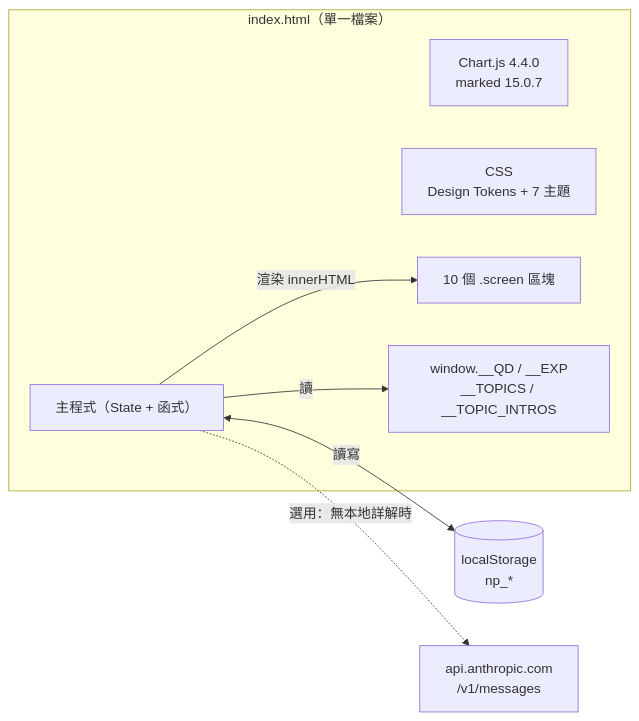
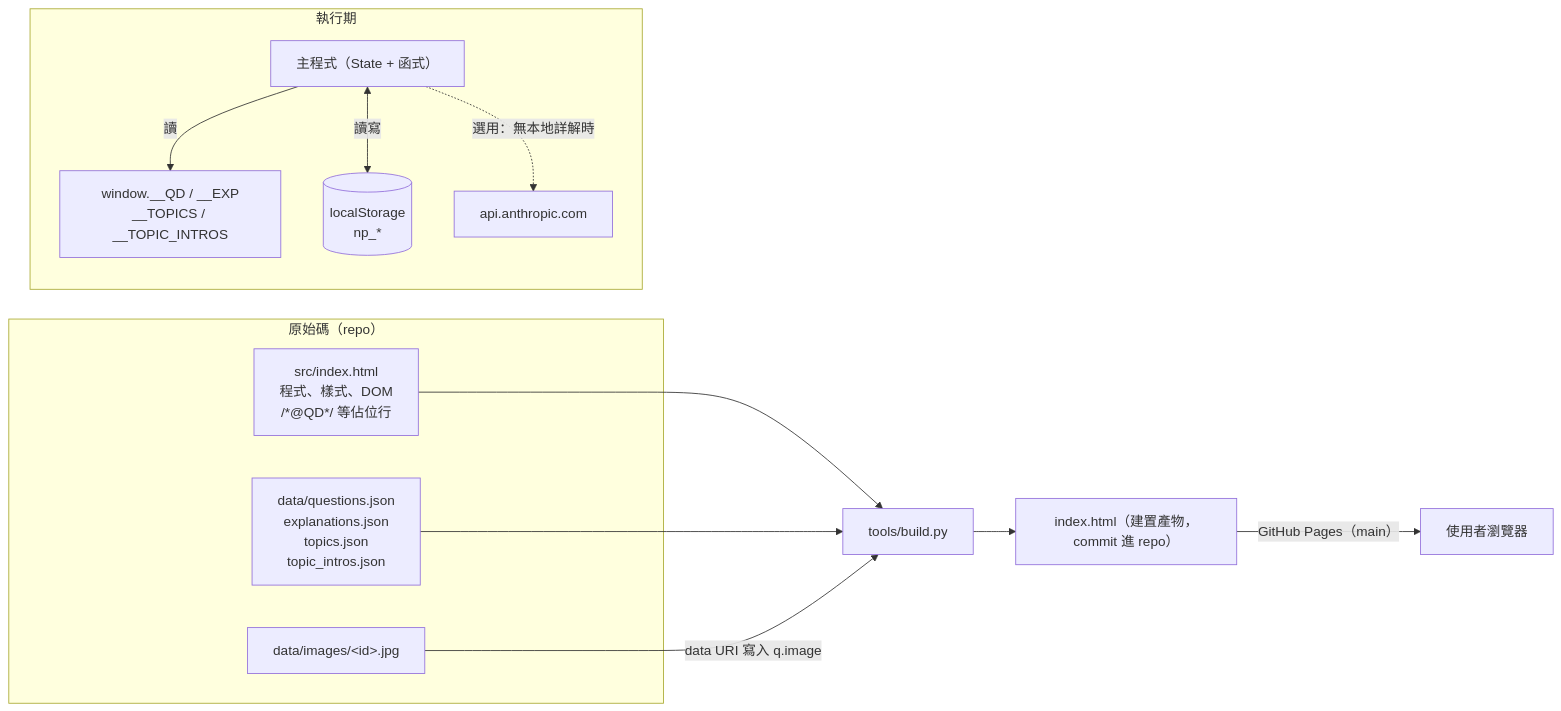
Before and after one commit to bobyu89/np-quiz: the first of 2 diagrams in docs/ARCHITECTURE.md, drawn with Mermaid. The commit also changed other lines of this file and 3 other files, not shown here.

````diff
--- a/docs/ARCHITECTURE.md
+++ b/docs/ARCHITECTURE.md
@@ -10,14 +10,20 @@
 ```mermaid
 flowchart LR
-  subgraph HTML["index.html（單一檔案）"]
-    LIB["Chart.js 4.4.0<br/>marked 15.0.7"]
-    CSS["CSS<br/>Design Tokens + 7 主題"]
-    DOM["10 個 .screen 區塊"]
-    DATA["window.__QD / __EXP<br/>__TOPICS / __TOPIC_INTROS"]
+  subgraph SRC["原始碼（repo）"]
+    TPL["src/index.html<br/>程式、樣式、DOM<br/>/*@QD*/ 等佔位行"]
+    DATA["data/questions.json<br/>explanations.json<br/>topics.json<br/>topic_intros.json"]
+    IMG["data/images/&lt;id&gt;.jpg"]
+  end
+  BUILD["tools/build.py"]
+  TPL --> BUILD
+  DATA --> BUILD
+  IMG -- data URI 寫入 q.image --> BUILD
+  BUILD --> OUT["index.html（建置產物，commit 進 repo）"]
+  OUT -- GitHub Pages（main） --> WEB["使用者瀏覽器"]
+  subgraph RT["執行期"]
     APP["主程式（State + 函式）"]
+    APP -- 讀 --> G["window.__QD / __EXP<br/>__TOPICS / __TOPIC_INTROS"]
+    APP <-- 讀寫 --> LS[("localStorage<br/>np_*")]
+    APP -. 選用：無本地詳解時 .-> API["api.anthropic.com"]
   end
-  APP -- 讀 --> DATA
-  APP -- 渲染 innerHTML --> DOM
-  APP <-- 讀寫 --> LS[("localStorage<br/>np_*")]
-  APP -. 選用：無本地詳解時 .-> API["api.anthropic.com<br/>/v1/messages"]
 ```
````
